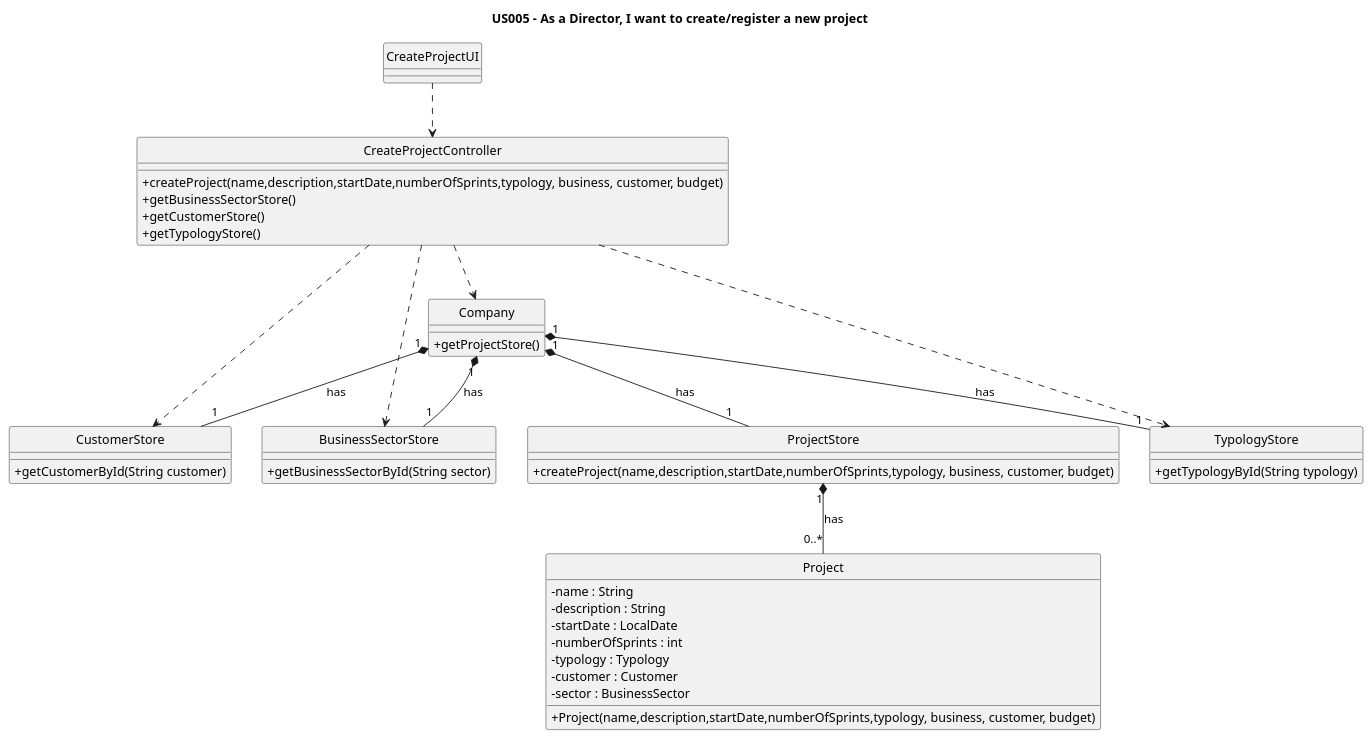
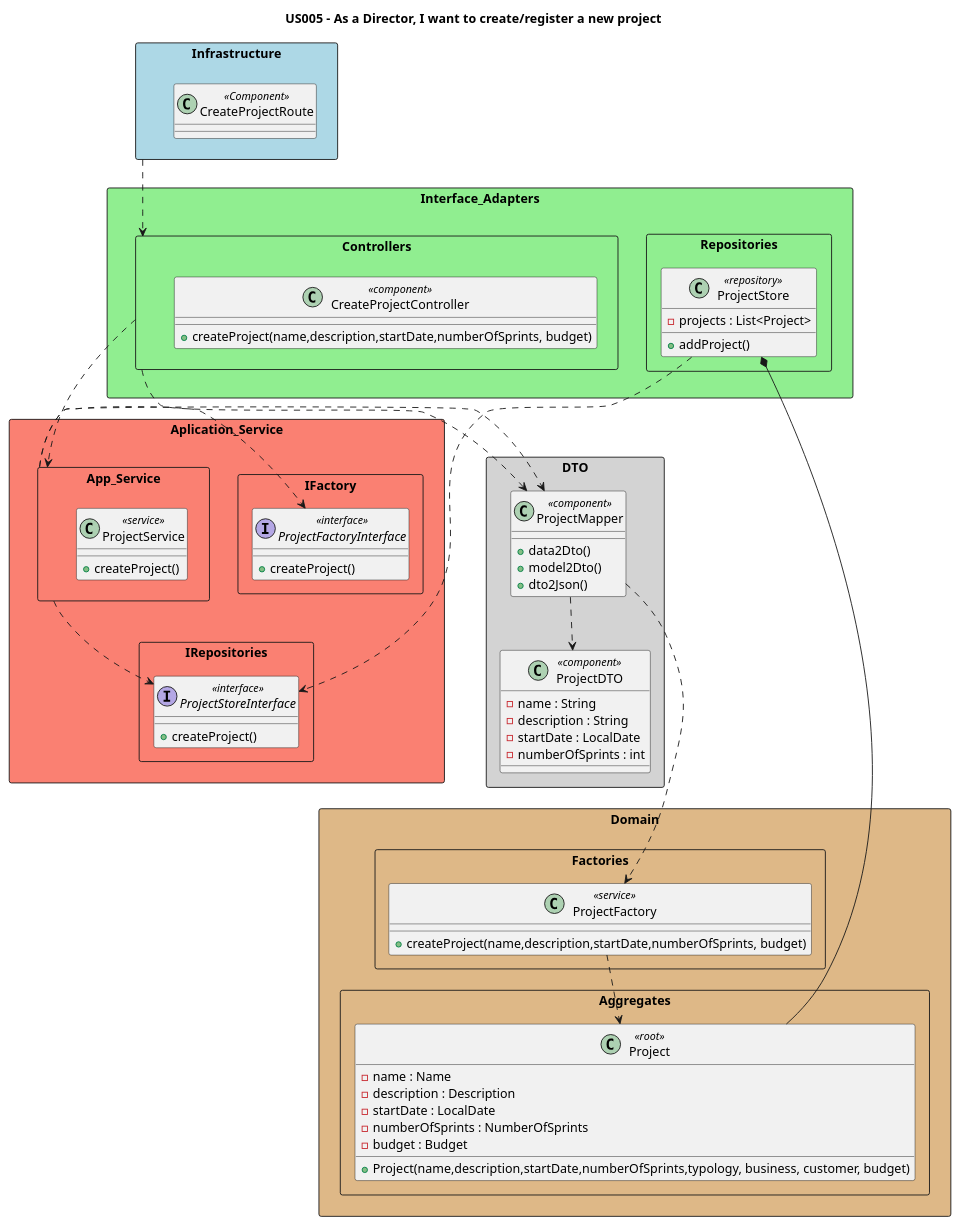
Before and after one commit to nunogon1211787/projectManagement: the diagram in docs/Sprint1/US005/US005-CD.puml, drawn with PlantUML. The commit also changed 93 other files, not shown here.

Commit message:
Refactoring: Refactoring of US005 Create Project. SD, CD and SSD (addresses #147)

```diff
--- a/docs/Sprint1/US005/US005-CD.puml
+++ b/docs/Sprint1/US005/US005-CD.puml
@@ -1,66 +1,90 @@
 @startuml
 'https://plantuml.com/class-diagram
 
-hide circle
-skinparam classAttributeIconSize 0
-
 title US005 - As a Director, I want to create/register a new project
 
-class CreateProjectUI {
-
+package Infrastructure <<Rectangle>> #lightblue {
+class CreateProjectRoute <<Component>>{
+}
 }
 
-class CreateProjectController {
-    +createProject(name,description,startDate,numberOfSprints,typology, business, customer, budget)
-    +getBusinessSectorStore()
-    +getCustomerStore()
-    +getTypologyStore()
+package Interface_Adapters <<Rectangle>> #lightgreen{
+package Controllers <<Rectangle>> {
+class CreateProjectController <<component>> {
++createProject(name,description,startDate,numberOfSprints, budget)
+}
+}
+package Repositories <<Rectangle>> {
+class ProjectStore <<repository>> {
+-projects : List<Project>
++addProject()
+}
+}
 }
 
-class Company {
-    +getProjectStore()
+package Domain <<Rectangle>> #burlywood{
+package Aggregates <<Rectangle>> {
+class Project <<root>> {
+-name : Name
+-description : Description
+-startDate : LocalDate
+-numberOfSprints : NumberOfSprints
+-budget : Budget
++Project(name,description,startDate,numberOfSprints,typology, business, customer, budget)
+}
+}
+package Factories <<Rectangle>> {
+class ProjectFactory <<service>> {
++createProject(name,description,startDate,numberOfSprints, budget)
+}
+}
 }
 
-class ProjectStore {
-+createProject(name,description,startDate,numberOfSprints,typology, business, customer, budget)
+package DTO <<Rectangle>> #lightgrey{
+class ProjectMapper <<component>> {
++data2Dto()
++model2Dto()
++dto2Json()
 }
 
-class Project {
+class ProjectDTO <<component>> {
 -name : String
 -description : String
 -startDate : LocalDate
 -numberOfSprints : int
--typology : Typology
--customer : Customer
--sector : BusinessSector
-+Project(name,description,startDate,numberOfSprints,typology, business, customer, budget)
+}
 }
 
-class CustomerStore {
-+getCustomerById(String customer)
+package Aplication_Service <<Rectangle>> #salmon {
+
+package IFactory <<Rectangle>> {
+interface ProjectFactoryInterface <<interface>>{
++createProject()
+}
+}
+package IRepositories <<Rectangle>> {
+interface ProjectStoreInterface <<interface>>{
++createProject()
+}
 }
 
-class TypologyStore {
-+getTypologyById(String typology)
+package App_Service <<Rectangle>> {
+class ProjectService <<service>> {
++createProject()
+}
+}
 }
 
-class BusinessSectorStore {
-+getBusinessSectorById(String sector)
-}
-
-CreateProjectUI ..> CreateProjectController
-
-CreateProjectController ..> Company
-CreateProjectController ..> CustomerStore
-CreateProjectController ..> TypologyStore
-CreateProjectController ..> BusinessSectorStore
-
-
-Company "1" *-- "1" ProjectStore: has
-Company "1" *-- "1" CustomerStore: has
-Company "1" *-- "1" TypologyStore: has
-Company "1" *-- "1" BusinessSectorStore: has
-ProjectStore "1" *-- "0..*" Project: has
-
+Infrastructure ..> Controllers
+Controllers ..> App_Service
+Controllers ..> ProjectMapper
+ProjectMapper ...> ProjectFactory
+ProjectFactory ..> Project
+App_Service ..> ProjectStoreInterface
+App_Service .> ProjectFactoryInterface
+App_Service .> ProjectMapper
+ProjectMapper ..> ProjectDTO
+ProjectStore *-- Project
+ProjectStore ..> ProjectStoreInterface
 
 @enduml
```
